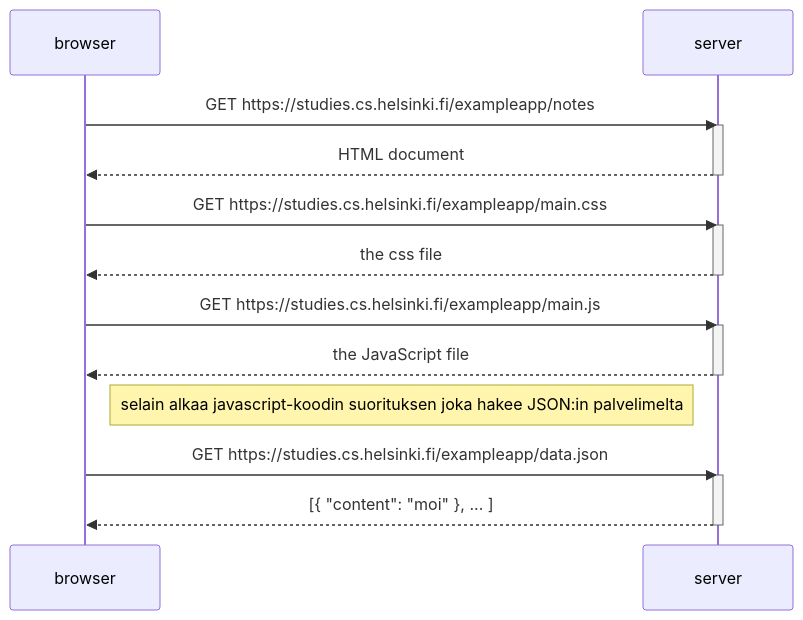
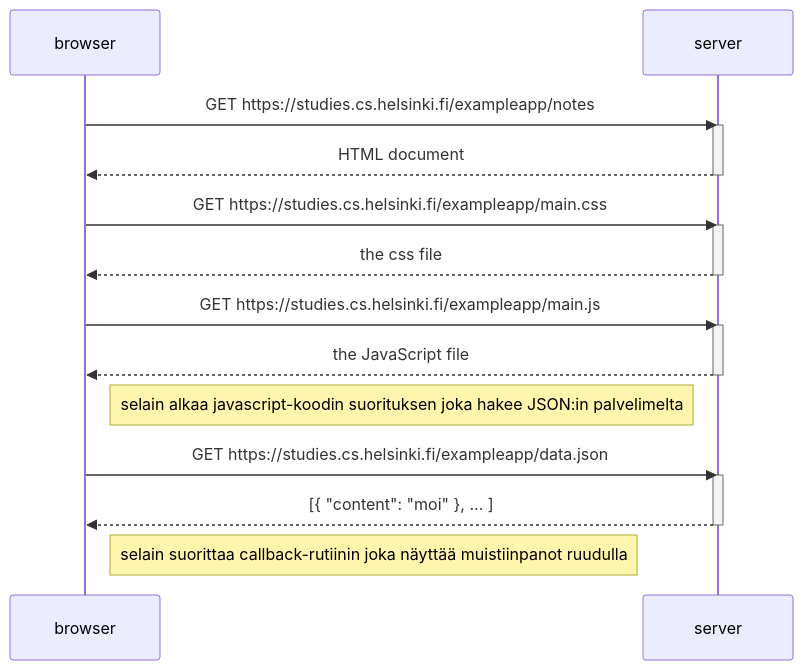
One commit to moocjsi/mooc-harj03 changed the diagram in mermaid-test6.md. Above: the diagram before and after it, drawn with Mermaid.

````diff
--- a/mermaid-test6.md
+++ b/mermaid-test6.md
@@ -1,28 +1,29 @@
 ```mermaid
 sequenceDiagram
     participant browser
     participant server
     
     browser->>server: GET https://studies.cs.helsinki.fi/exampleapp/notes
     activate server
     server-->>browser: HTML document
     deactivate server
 
     browser->>server: GET https://studies.cs.helsinki.fi/exampleapp/main.css
     activate server
     server-->>browser: the css file
     deactivate server
 
     browser->>server: GET https://studies.cs.helsinki.fi/exampleapp/main.js
     activate server
     server-->>browser: the JavaScript file
     deactivate server
 
     Note right of browser: selain alkaa  javascript-koodin suorituksen joka hakee JSON:in palvelimelta
 
     browser->>server: GET https://studies.cs.helsinki.fi/exampleapp/data.json
     activate server
     server-->>browser: [{ "content": "moi" }, ... ]
     deactivate server
 
+    Note right of browser: selain suorittaa callback-rutiinin joka näyttää muistiinpanot ruudulla
 ```
````
